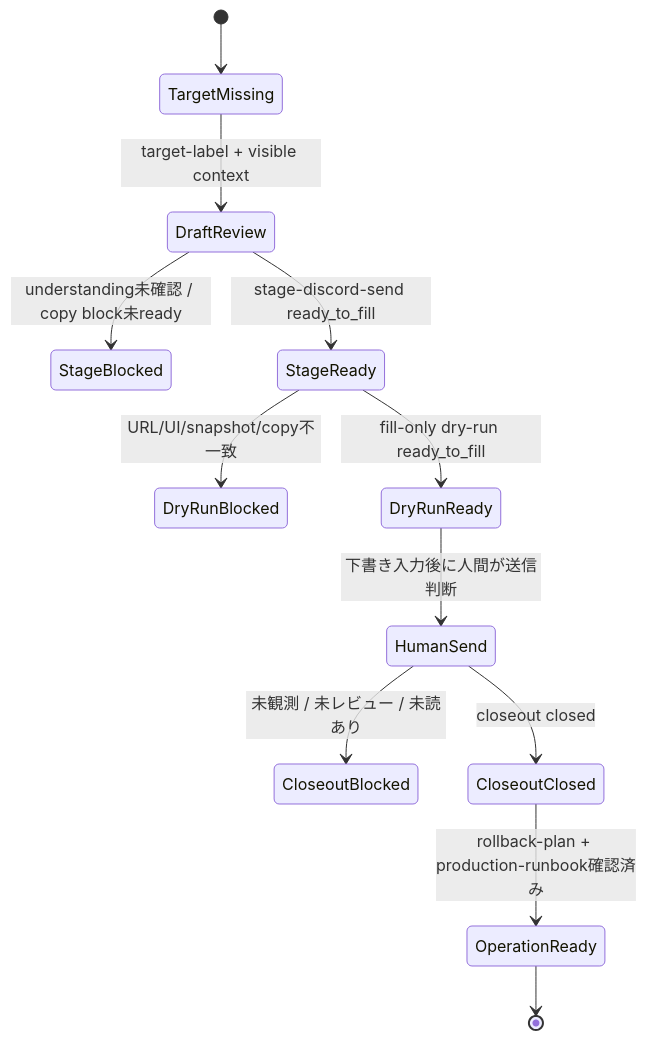
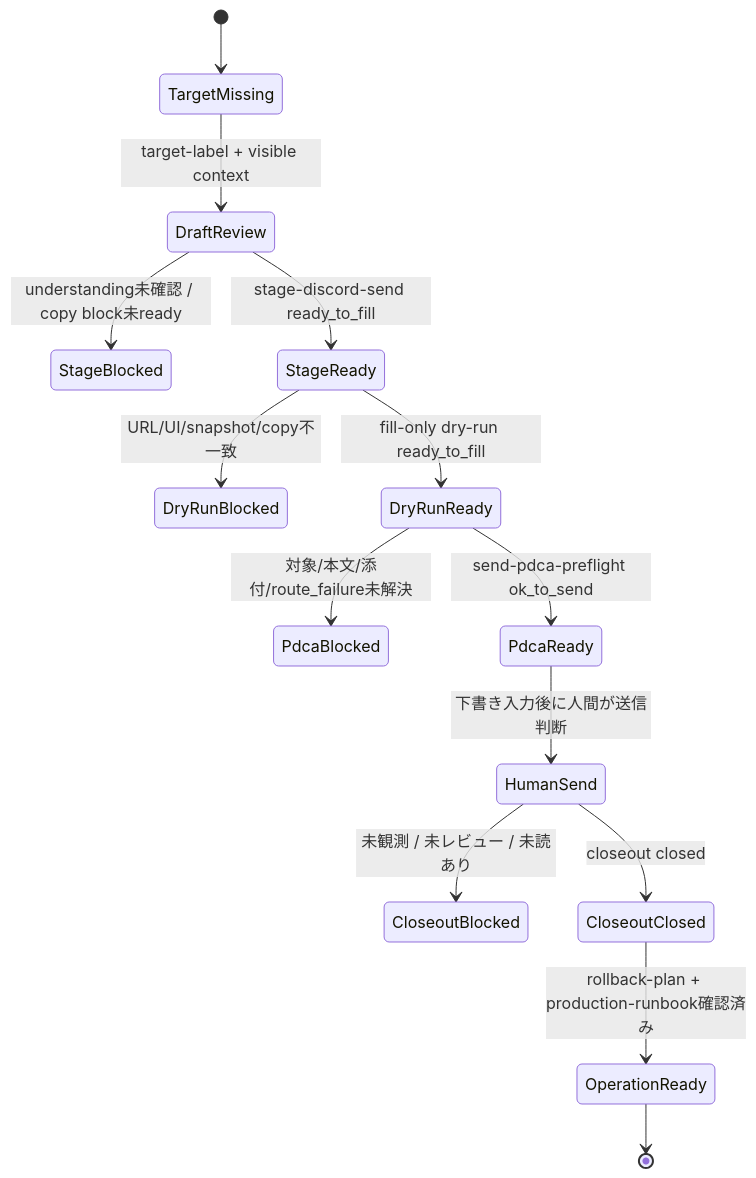
The second of 2 diagrams in docs/discord-send-operation-runbook.md (nexus-ai-2045/discord-context-bridge), drawn with Mermaid before and after one commit. The commit also changed other lines of this file and 9 other files, not shown here.

Commit message:
Add send PDCA preflight smoke (#22)

````diff
--- a/docs/discord-send-operation-runbook.md
+++ b/docs/discord-send-operation-runbook.md
@@ -199,14 +239,16 @@
 ```mermaid
 stateDiagram-v2
   [*] --> TargetMissing
   TargetMissing --> DraftReview: target-label + visible context
   DraftReview --> StageBlocked: understanding未確認 / copy block未ready
   DraftReview --> StageReady: stage-discord-send ready_to_fill
   StageReady --> DryRunBlocked: URL/UI/snapshot/copy不一致
   StageReady --> DryRunReady: fill-only dry-run ready_to_fill
-  DryRunReady --> HumanSend: 下書き入力後に人間が送信判断
+  DryRunReady --> PdcaBlocked: 対象/本文/添付/route_failure未解決
+  DryRunReady --> PdcaReady: send-pdca-preflight ok_to_send
+  PdcaReady --> HumanSend: 下書き入力後に人間が送信判断
   HumanSend --> CloseoutBlocked: 未観測 / 未レビュー / 未読あり
   HumanSend --> CloseoutClosed: closeout closed
   CloseoutClosed --> OperationReady: rollback-plan + production-runbook確認済み
   OperationReady --> [*]
 ```
````
